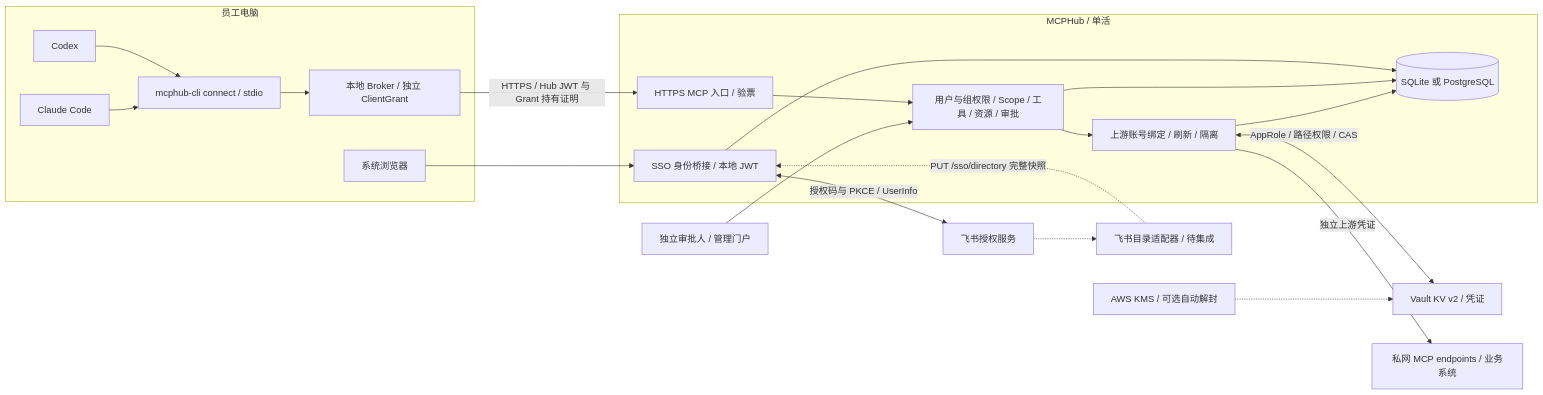
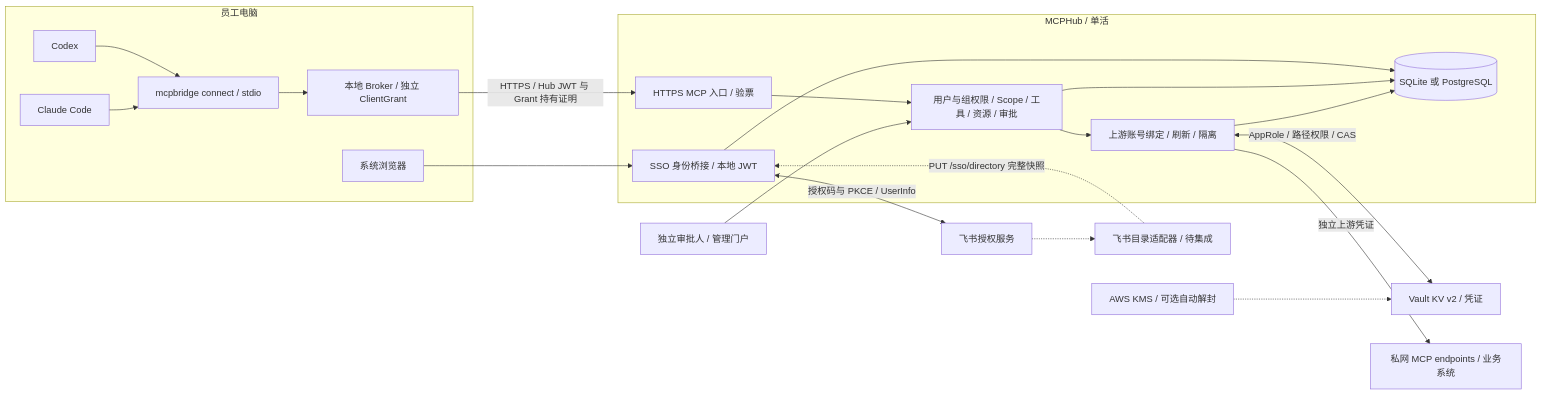
Before and after one commit to SamuelSupe/mcphub: the first of 4 diagrams in docs/feishu-vault-agent-architecture.zh-CN.md, drawn with Mermaid. The commit also changed other lines of this file and 80 other files, not shown here.

````diff
--- a/docs/feishu-vault-agent-architecture.zh-CN.md
+++ b/docs/feishu-vault-agent-architecture.zh-CN.md
@@ -36,39 +36,39 @@
 ```mermaid
 flowchart LR
     subgraph Local[员工电脑]
         C[Codex]
         A[Claude Code]
-        S[mcphub-cli connect / stdio]
+        S[mcpbridge connect / stdio]
         B[本地 Broker / 独立 ClientGrant]
         W[系统浏览器]
         C --> S
         A --> S
         S --> B
     end
     subgraph Hub[MCPHub / 单活]
         I[SSO 身份桥接 / 本地 JWT]
         G[HTTPS MCP 入口 / 验票]
         P[用户与组权限 / Scope / 工具 / 资源 / 审批]
         M[上游账号绑定 / 刷新 / 隔离]
         D[(SQLite 或 PostgreSQL)]
         I --> D
         G --> P --> M
         P --> D
         M --> D
     end
     F[飞书授权服务]
     Y[飞书目录适配器 / 待集成]
     R[独立审批人 / 管理门户]
     V[Vault KV v2 / 凭证]
     E[私网 MCP endpoints / 业务系统]
     K[AWS KMS / 可选自动解封]
     W --> I
     I <-->|授权码与 PKCE / UserInfo| F
     F -.-> Y
     Y -.->|PUT /sso/directory 完整快照| I
     B -->|HTTPS / Hub JWT 与 Grant 持有证明| G
     R --> P
     M <-->|AppRole / 路径权限 / CAS| V
     M -->|独立上游凭证| E
     K -.-> V
 ```
````
